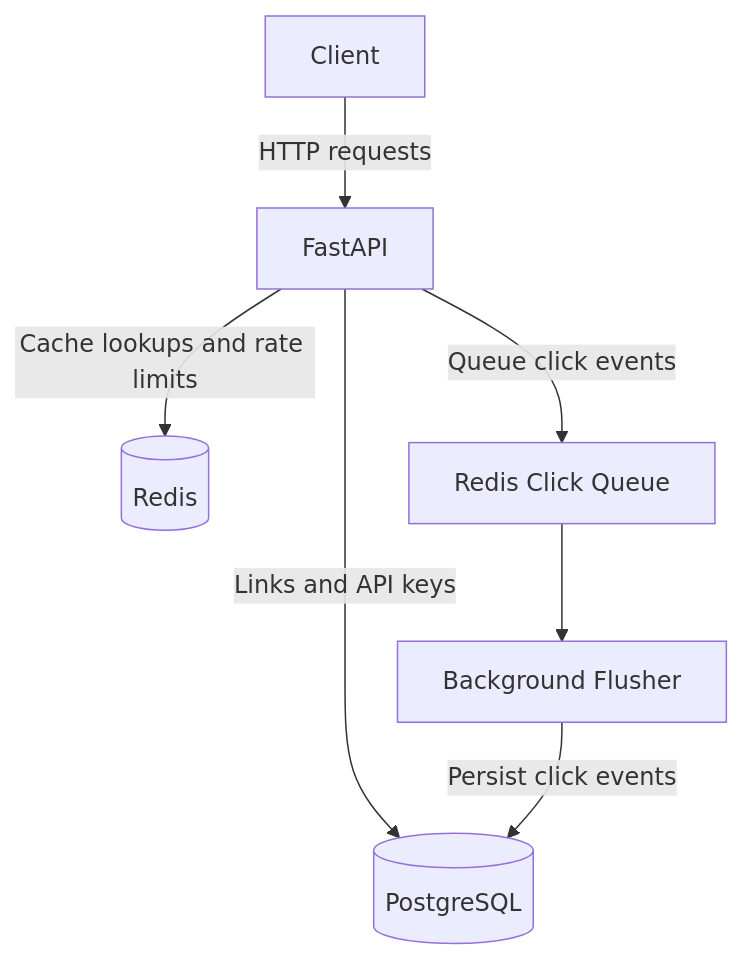
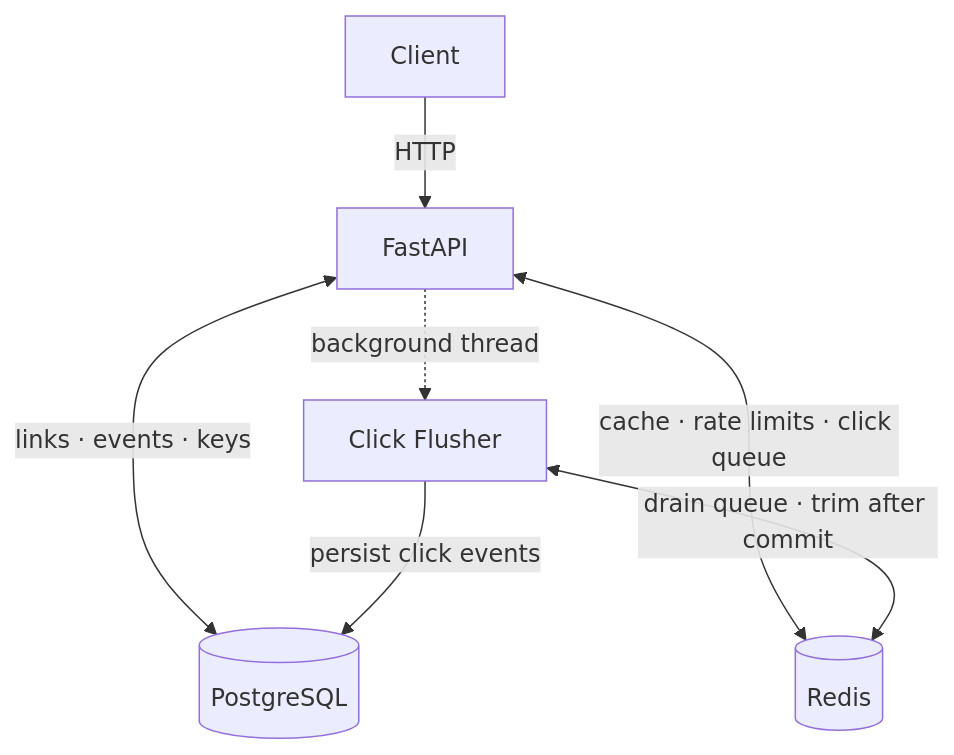
One commit to sticksnstonesHURT/snip changed the diagram in README.md. Above: the diagram before and after it, drawn with Mermaid. The commit also changed other lines of this file, not shown here.

Commit message:
Minor cosmetic change in README

````diff
--- a/README.md
+++ b/README.md
@@ -31,9 +31,9 @@
 ```mermaid
 flowchart TD
-    C[Client] -->|HTTP requests| API[FastAPI]
-    API -->|Links and API keys| DB[(PostgreSQL)]
-    API -->|Cache lookups and rate limits| R[(Redis)]
-    API -->|Queue click events| Q[Redis Click Queue]
-    Q --> F[Background Flusher]
-    F -->|Persist click events| DB
+    C[Client] -->|HTTP| API[FastAPI]
+    API <-->|links · events · keys| DB[(PostgreSQL)]
+    API <-->|cache · rate limits · click queue| R[(Redis)]
+    API -.->|background thread| F[Click Flusher]
+    F <-->|drain queue · trim after commit| R
+    F -->|persist click events| DB
 ```
````
